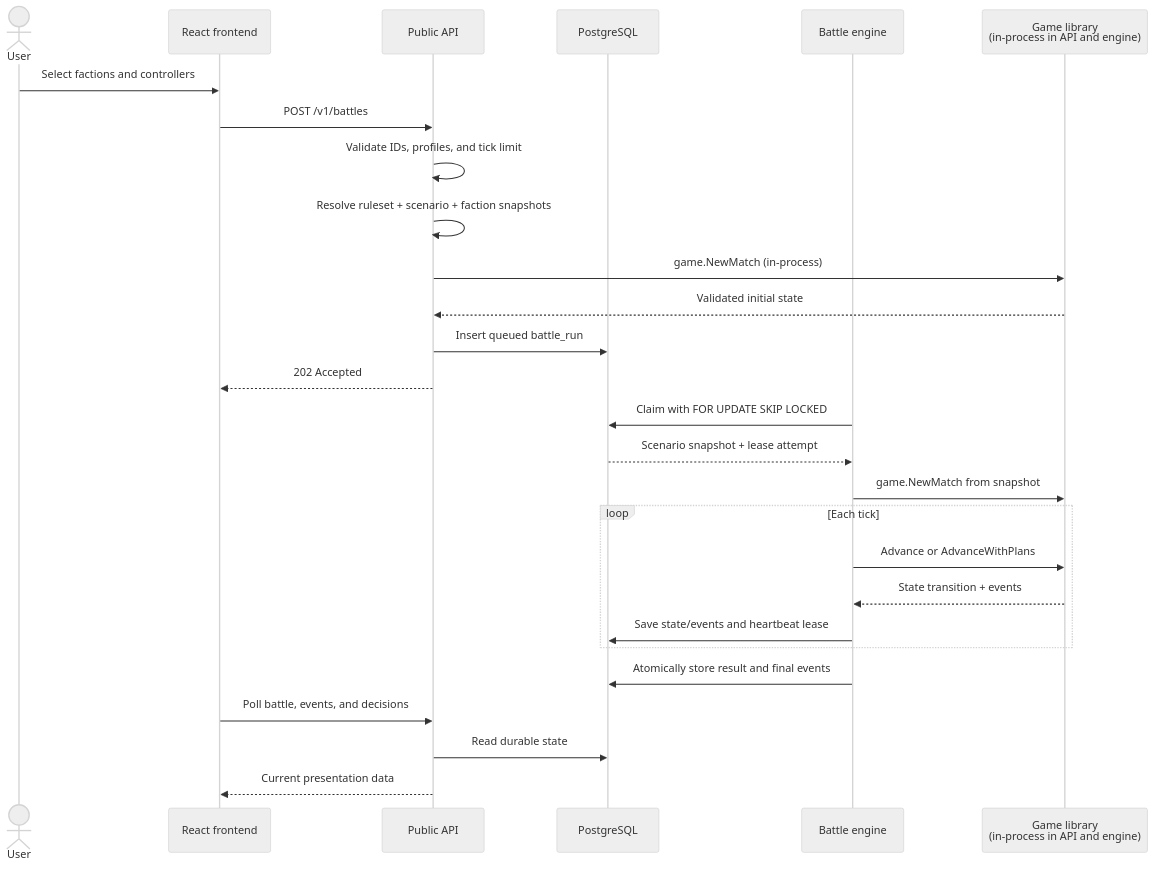
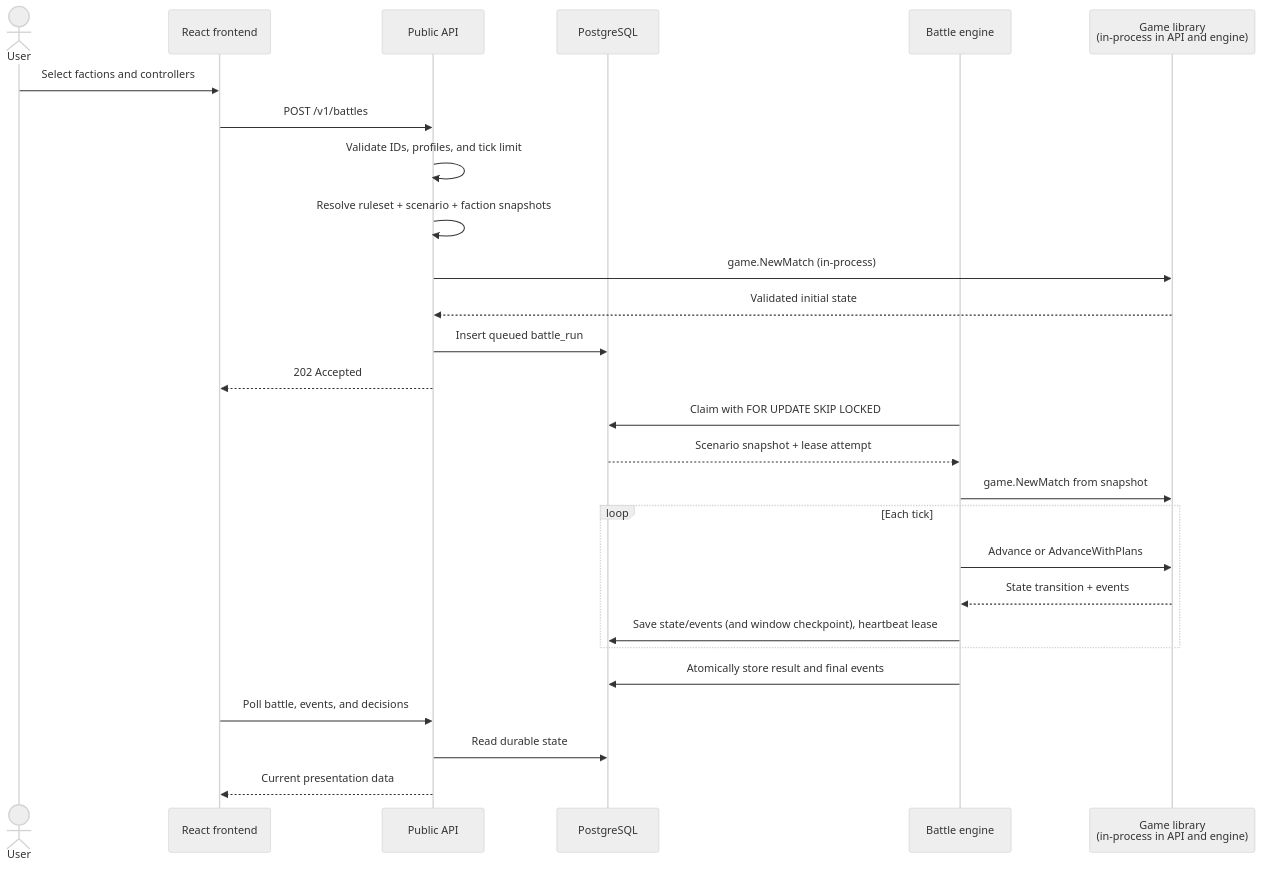
One commit to twhAuto/autonomous_battlefield changed the second of 3 diagrams in docs/architecture/system-architecture.md. Above: the diagram before and after it, drawn with Mermaid (neutral theme). The commit also changed other lines of this file and 27 other files, not shown here.

````diff
--- a/docs/architecture/system-architecture.md
+++ b/docs/architecture/system-architecture.md
@@ -183,30 +183,30 @@
 ```mermaid
 sequenceDiagram
     actor User
     participant UI as React frontend
     participant API as Public API
     participant DB as PostgreSQL
     participant Engine as Battle engine
     participant Match as Game library<br/>(in-process in API and engine)
 
     User->>UI: Select factions and controllers
     UI->>API: POST /v1/battles
     API->>API: Validate IDs, profiles, and tick limit
     API->>API: Resolve ruleset + scenario + faction snapshots
     API->>Match: game.NewMatch (in-process)
     Match-->>API: Validated initial state
     API->>DB: Insert queued battle_run
     API-->>UI: 202 Accepted
     Engine->>DB: Claim with FOR UPDATE SKIP LOCKED
     DB-->>Engine: Scenario snapshot + lease attempt
     Engine->>Match: game.NewMatch from snapshot
     loop Each tick
         Engine->>Match: Advance or AdvanceWithPlans
         Match-->>Engine: State transition + events
-        Engine->>DB: Save state/events and heartbeat lease
+        Engine->>DB: Save state/events (and window checkpoint), heartbeat lease
     end
     Engine->>DB: Atomically store result and final events
     UI->>API: Poll battle, events, and decisions
     API->>DB: Read durable state
     API-->>UI: Current presentation data
 ```
````
